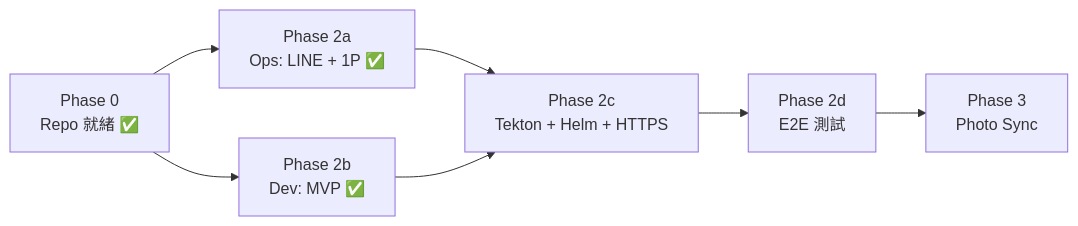
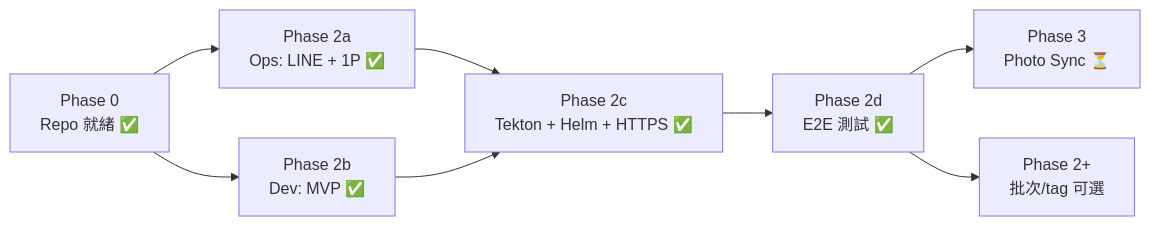
Before and after one commit to dejavux/immich-apps: the diagram in docs/HOW_TO_PROCEED.md, drawn with Mermaid. The commit also changed other lines of this file and 18 other files, not shown here.

First line of the commit message:
feat(photo-sync): Phase 3 multi-library sync scripts and lint tooling

````diff
--- a/docs/HOW_TO_PROCEED.md
+++ b/docs/HOW_TO_PROCEED.md
@@ -37,9 +66,10 @@
 ```mermaid
 graph LR
     A[Phase 0<br/>Repo 就緒 ✅] --> B[Phase 2a<br/>Ops: LINE + 1P ✅]
     A --> C[Phase 2b<br/>Dev: MVP ✅]
-    B --> D[Phase 2c<br/>Tekton + Helm + HTTPS]
+    B --> D[Phase 2c<br/>Tekton + Helm + HTTPS ✅]
     C --> D
-    D --> E[Phase 2d<br/>E2E 測試]
-    E --> F[Phase 3<br/>Photo Sync]
+    D --> E[Phase 2d<br/>E2E 測試 ✅]
+    E --> F[Phase 3<br/>Photo Sync ⏳]
+    E --> G[Phase 2+<br/>批次/tag 可選]
 ```
````
